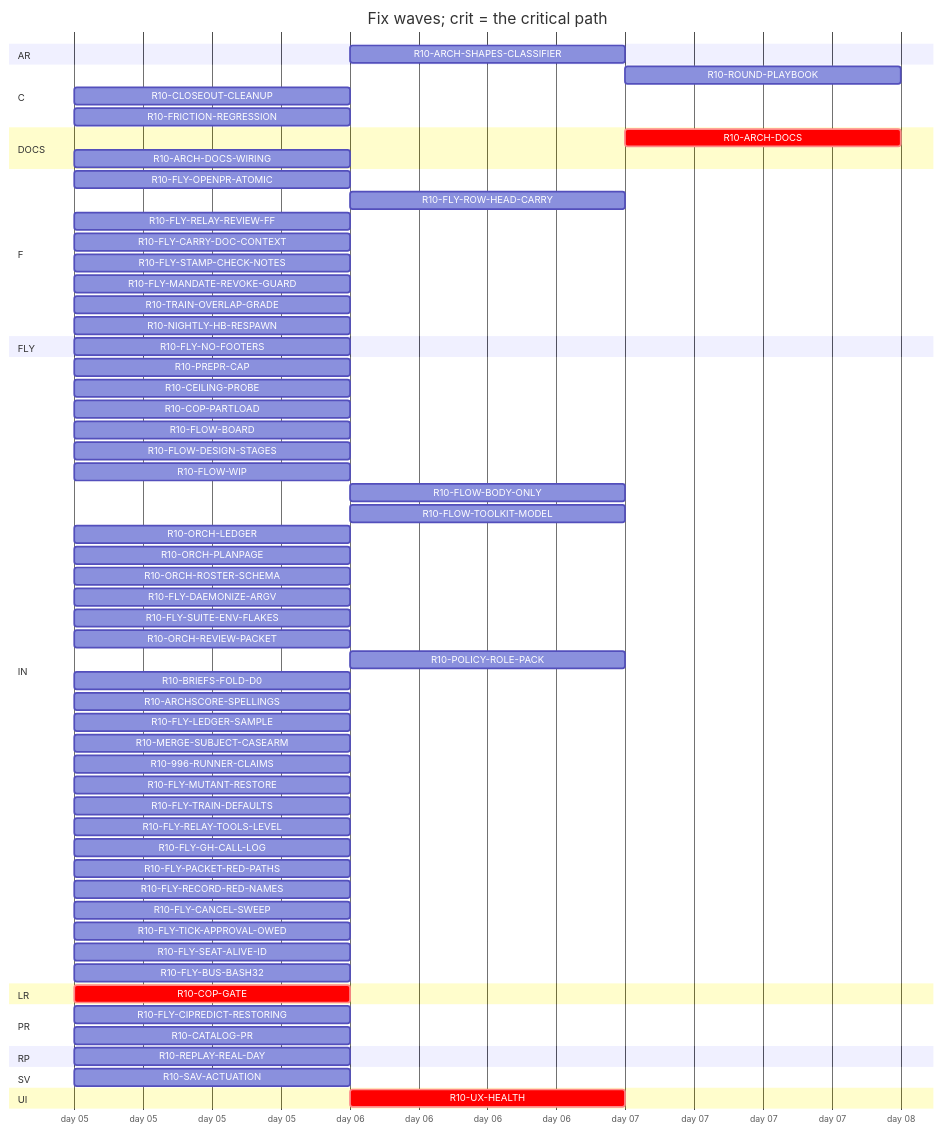
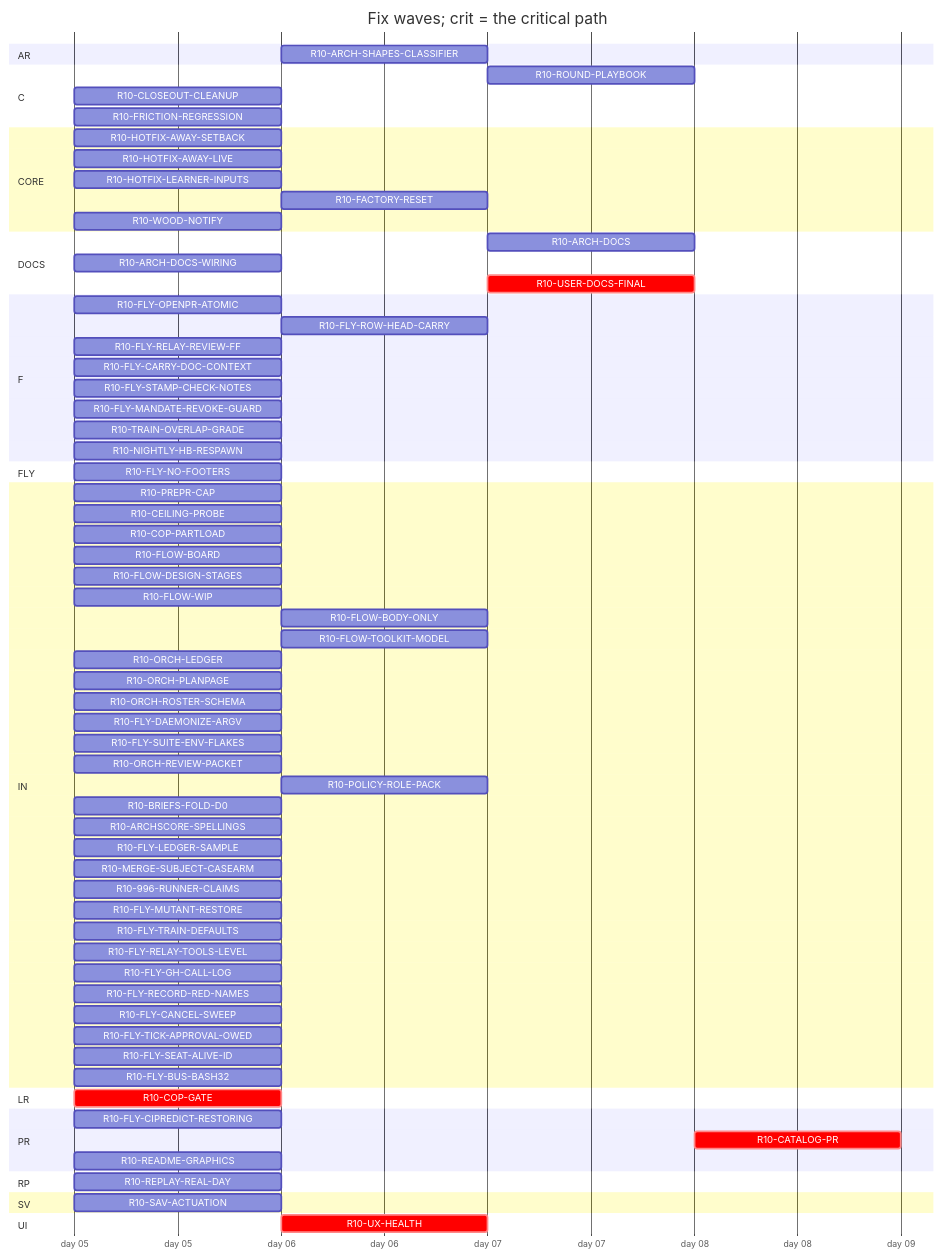
One commit to tvofi/heatpump_optimizer changed the diagram in handoff/round10/state/PLAN-TABLE.md. Above: the diagram before and after it, drawn with Mermaid. The commit also changed other lines of this file and 3 other files, not shown here.

Commit message:
state: FLOW-BOARD.md, NEXT-SESSION-PROMPT.md, PLAN-TABLE.md, RESUME-CURRENT.md regenerated (state_docs.py)

````diff
--- a/handoff/round10/state/PLAN-TABLE.md
+++ b/handoff/round10/state/PLAN-TABLE.md
@@ -24,68 +25,75 @@
 ```mermaid
 gantt
   title Fix waves; crit = the critical path
   dateFormat YYYY-MM-DD
   axisFormat day %d
   section AR
     R10-ARCH-SHAPES-CLASSIFIER :r10ARCHSHAPESCLASSIFIER, after r10996RUNNERCLAIMS, 1d
   section C
     R10-ROUND-PLAYBOOK :r10ROUNDPLAYBOOK, after r10ORCHLEDGER r10ORCHPLANPAGE r10FLYRELAYREVIEWFF r10FLOWBODYONLY, 1d
     R10-CLOSEOUT-CLEANUP :r10CLOSEOUTCLEANUP, 2026-01-05, 1d
     R10-FRICTION-REGRESSION :r10FRICTIONREGRESSION, 2026-01-05, 1d
+  section CORE
+    R10-HOTFIX-AWAY-SETBACK :r10HOTFIXAWAYSETBACK, 2026-01-05, 1d
+    R10-HOTFIX-AWAY-LIVE :r10HOTFIXAWAYLIVE, 2026-01-05, 1d
+    R10-HOTFIX-LEARNER-INPUTS :r10HOTFIXLEARNERINPUTS, 2026-01-05, 1d
+    R10-FACTORY-RESET :r10FACTORYRESET, after r10HOTFIXLEARNERINPUTS, 1d
+    R10-WOOD-NOTIFY :r10WOODNOTIFY, 2026-01-05, 1d
   section DOCS
-    R10-ARCH-DOCS :crit, r10ARCHDOCS, after r10COPGATE r10UXHEALTH r10CEILINGPROBE r10COPPARTLOAD r10FLOWBOARD r10FLOWDESIGNSTAGES r10FLOWWIP r10FLOWBODYONLY r10FLYOPENPRATOMIC r10FLYROWHEADCARRY r10FLYRELAYREVIEWFF r10FLYCARRYDOCCONTEXT r10FLOWTOOLKITMODEL r10FLYSTAMPCHECKNOTES r10FLYMANDATEREVOKEGUARD r10TRAINOVERLAPGRADE r10NIGHTLYHBRESPAWN r10ORCHLEDGER r10ORCHPLANPAGE r10ORCHROSTERSCHEMA r10FLYDAEMONIZEARGV r10ORCHREVIEWPACKET r10POLICYROLEPACK r10BRIEFSFOLDD0 r10REPLAYREALDAY r10ARCHSCORESPELLINGS r10SAVACTUATION r10FLYLEDGERSAMPLE, 1d
+    R10-ARCH-DOCS :r10ARCHDOCS, after r10COPGATE r10UXHEALTH r10CEILINGPROBE r10COPPARTLOAD r10FLOWBOARD r10FLOWDESIGNSTAGES r10FLOWWIP r10FLOWBODYONLY r10FLYOPENPRATOMIC r10FLYROWHEADCARRY r10FLYRELAYREVIEWFF r10FLYCARRYDOCCONTEXT r10FLOWTOOLKITMODEL r10FLYSTAMPCHECKNOTES r10FLYMANDATEREVOKEGUARD r10TRAINOVERLAPGRADE r10NIGHTLYHBRESPAWN r10ORCHLEDGER r10ORCHPLANPAGE r10ORCHROSTERSCHEMA r10FLYDAEMONIZEARGV r10ORCHREVIEWPACKET r10POLICYROLEPACK r10BRIEFSFOLDD0 r10REPLAYREALDAY r10ARCHSCORESPELLINGS r10SAVACTUATION r10FLYLEDGERSAMPLE r10READMEGRAPHICS, 1d
     R10-ARCH-DOCS-WIRING :r10ARCHDOCSWIRING, 2026-01-05, 1d
+    R10-USER-DOCS-FINAL :crit, r10USERDOCSFINAL, after r10COPGATE r10UXHEALTH r10CEILINGPROBE r10COPPARTLOAD r10FLOWBOARD r10FLOWDESIGNSTAGES r10FLOWWIP r10FLOWBODYONLY r10FLYOPENPRATOMIC r10FLYROWHEADCARRY r10FLYRELAYREVIEWFF r10FLYCARRYDOCCONTEXT r10FLOWTOOLKITMODEL r10FLYSTAMPCHECKNOTES r10FLYMANDATEREVOKEGUARD r10TRAINOVERLAPGRADE r10NIGHTLYHBRESPAWN r10ORCHLEDGER r10ORCHPLANPAGE r10ORCHROSTERSCHEMA r10FLYDAEMONIZEARGV r10ORCHREVIEWPACKET r10POLICYROLEPACK r10BRIEFSFOLDD0 r10REPLAYREALDAY r10ARCHSCORESPELLINGS r10SAVACTUATION r10FLYLEDGERSAMPLE r10READMEGRAPHICS r10HOTFIXAWAYLIVE r10HOTFIXAWAYSETBACK r10HOTFIXLEARNERINPUTS r10FACTORYRESET r10WOODNOTIFY r10ARCHDOCSWIRING, 1d
   section F
     R10-FLY-OPENPR-ATOMIC :r10FLYOPENPRATOMIC, 2026-01-05, 1d
     R10-FLY-ROW-HEAD-CARRY :r10FLYROWHEADCARRY, after r10FLYOPENPRATOMIC, 1d
     R10-FLY-RELAY-REVIEW-FF :r10FLYRELAYREVIEWFF, 2026-01-05, 1d
     R10-FLY-CARRY-DOC-CONTEXT :r10FLYCARRYDOCCONTEXT, 2026-01-05, 1d
     R10-FLY-STAMP-CHECK-NOTES :r10FLYSTAMPCHECKNOTES, 2026-01-05, 1d
     R10-FLY-MANDATE-REVOKE-GUARD :r10FLYMANDATEREVOKEGUARD, 2026-01-05, 1d
     R10-TRAIN-OVERLAP-GRADE :r10TRAINOVERLAPGRADE, 2026-01-05, 1d
     R10-NIGHTLY-HB-RESPAWN :r10NIGHTLYHBRESPAWN, 2026-01-05, 1d
   section FLY
     R10-FLY-NO-FOOTERS :r10FLYNOFOOTERS, 2026-01-05, 1d
   section IN
     R10-PREPR-CAP :r10PREPRCAP, 2026-01-05, 1d
     R10-CEILING-PROBE :r10CEILINGPROBE, 2026-01-05, 1d
     R10-COP-PARTLOAD :r10COPPARTLOAD, 2026-01-05, 1d
     R10-FLOW-BOARD :r10FLOWBOARD, 2026-01-05, 1d
     R10-FLOW-DESIGN-STAGES :r10FLOWDESIGNSTAGES, 2026-01-05, 1d
     R10-FLOW-WIP :r10FLOWWIP, 2026-01-05, 1d
     R10-FLOW-BODY-ONLY :r10FLOWBODYONLY, after r10FLYOPENPRATOMIC, 1d
     R10-FLOW-TOOLKIT-MODEL :r10FLOWTOOLKITMODEL, after r10ORCHPLANPAGE, 1d
     R10-ORCH-LEDGER :r10ORCHLEDGER, 2026-01-05, 1d
     R10-ORCH-PLANPAGE :r10ORCHPLANPAGE, 2026-01-05, 1d
     R10-ORCH-ROSTER-SCHEMA :r10ORCHROSTERSCHEMA, 2026-01-05, 1d
     R10-FLY-DAEMONIZE-ARGV :r10FLYDAEMONIZEARGV, 2026-01-05, 1d
     R10-FLY-SUITE-ENV-FLAKES :r10FLYSUITEENVFLAKES, 2026-01-05, 1d
     R10-ORCH-REVIEW-PACKET :r10ORCHREVIEWPACKET, 2026-01-05, 1d
     R10-POLICY-ROLE-PACK :r10POLICYROLEPACK, after r10FLOWDESIGNSTAGES, 1d
     R10-BRIEFS-FOLD-D0 :r10BRIEFSFOLDD0, 2026-01-05, 1d
     R10-ARCHSCORE-SPELLINGS :r10ARCHSCORESPELLINGS, 2026-01-05, 1d
     R10-FLY-LEDGER-SAMPLE :r10FLYLEDGERSAMPLE, 2026-01-05, 1d
     R10-MERGE-SUBJECT-CASEARM :r10MERGESUBJECTCASEARM, 2026-01-05, 1d
     R10-996-RUNNER-CLAIMS :r10996RUNNERCLAIMS, 2026-01-05, 1d
     R10-FLY-MUTANT-RESTORE :r10FLYMUTANTRESTORE, 2026-01-05, 1d
     R10-FLY-TRAIN-DEFAULTS :r10FLYTRAINDEFAULTS, 2026-01-05, 1d
     R10-FLY-RELAY-TOOLS-LEVEL :r10FLYRELAYTOOLSLEVEL, 2026-01-05, 1d
     R10-FLY-GH-CALL-LOG :r10FLYGHCALLLOG, 2026-01-05, 1d
-    R10-FLY-PACKET-RED-PATHS :r10FLYPACKETREDPATHS, 2026-01-05, 1d
     R10-FLY-RECORD-RED-NAMES :r10FLYRECORDREDNAMES, 2026-01-05, 1d
     R10-FLY-CANCEL-SWEEP :r10FLYCANCELSWEEP, 2026-01-05, 1d
     R10-FLY-TICK-APPROVAL-OWED :r10FLYTICKAPPROVALOWED, 2026-01-05, 1d
     R10-FLY-SEAT-ALIVE-ID :r10FLYSEATALIVEID, 2026-01-05, 1d
     R10-FLY-BUS-BASH32 :r10FLYBUSBASH32, 2026-01-05, 1d
   section LR
     R10-COP-GATE :crit, r10COPGATE, 2026-01-05, 1d
   section PR
     R10-FLY-CIPREDICT-RESTORING :r10FLYCIPREDICTRESTORING, 2026-01-05, 1d
-    R10-CATALOG-PR :r10CATALOGPR, 2026-01-05, 1d
+    R10-CATALOG-PR :crit, r10CATALOGPR, after r10READMEGRAPHICS r10USERDOCSFINAL, 1d
+    R10-README-GRAPHICS :r10READMEGRAPHICS, 2026-01-05, 1d
   section RP
     R10-REPLAY-REAL-DAY :r10REPLAYREALDAY, 2026-01-05, 1d
   section SV
     R10-SAV-ACTUATION :r10SAVACTUATION, 2026-01-05, 1d
   section UI
     R10-UX-HEALTH :crit, r10UXHEALTH, after r10COPGATE, 1d
 ```
````
